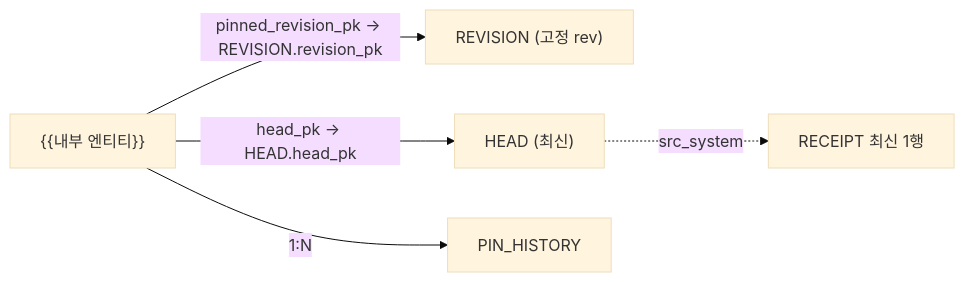
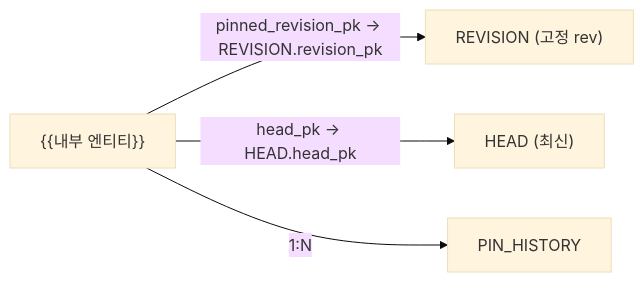
One commit to KangSage/foundry-action-concurrency-poc changed the second of 2 diagrams in docs/design/basic-info-ui.md. Above: the diagram before and after it, drawn with Mermaid (base theme). The commit also changed other lines of this file and 2 other files, not shown here.

````diff
--- a/docs/design/basic-info-ui.md
+++ b/docs/design/basic-info-ui.md
@@ -72,7 +100,6 @@
 ```mermaid
 flowchart LR
   INT["{{내부 엔티티}}"] -->|"pinned_revision_pk → REVISION.revision_pk"| REV["REVISION (고정 rev)"]
   INT -->|"head_pk → HEAD.head_pk"| HEAD["HEAD (최신)"]
   INT -->|"1:N"| PH["PIN_HISTORY"]
-  HEAD -.->|"src_system"| RCP["RECEIPT 최신 1행"]
 ```
````
